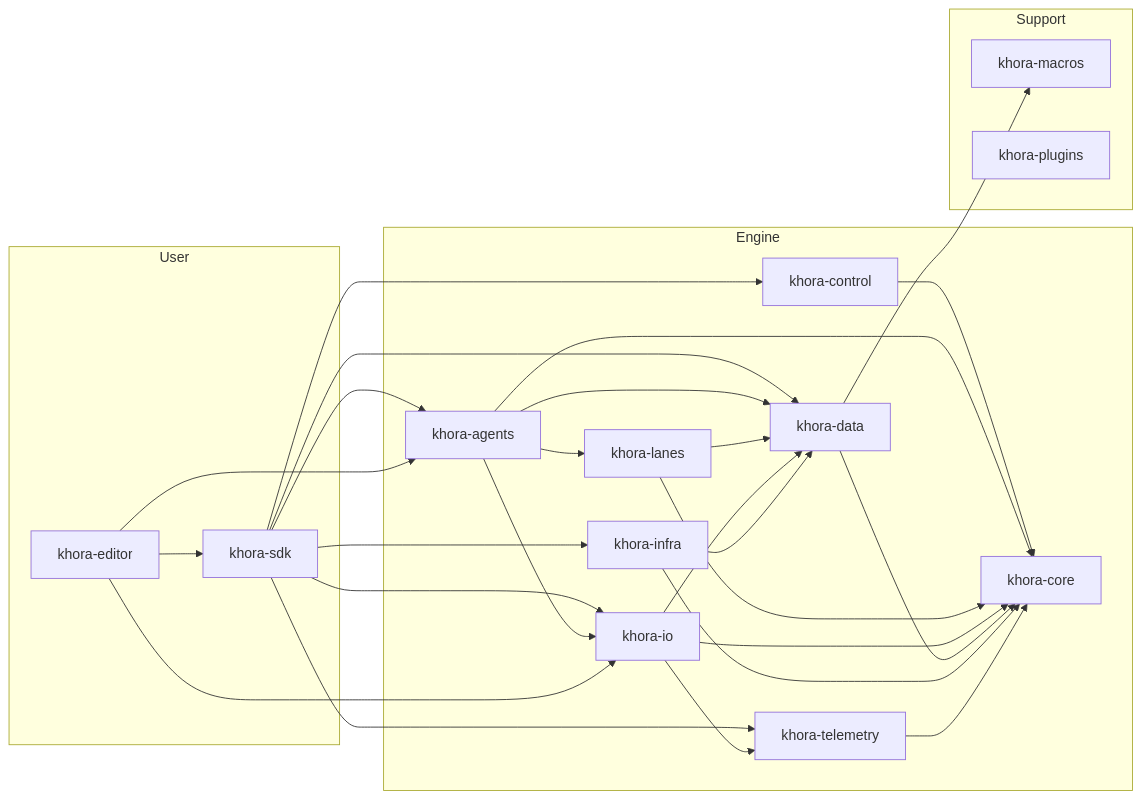
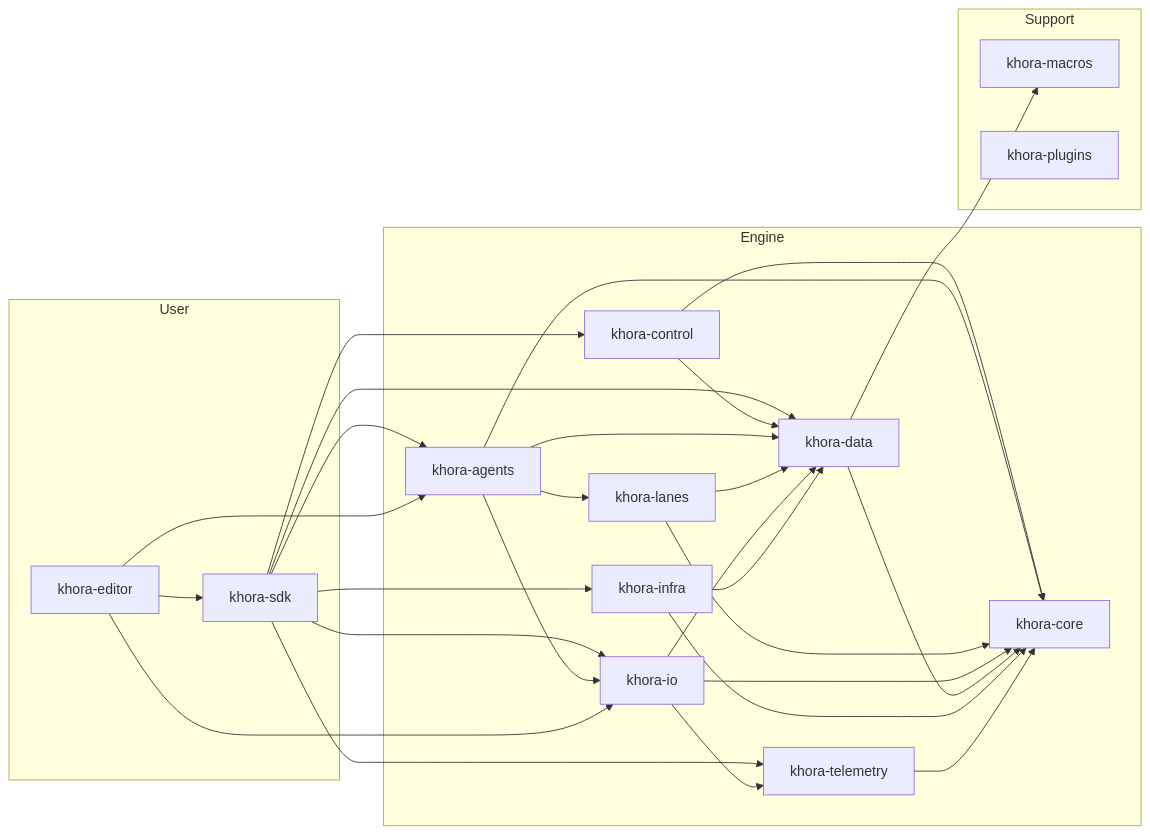
One commit to eraflo/KhoraEngine changed the second of 2 diagrams in docs/src/02_architecture.md. Above: the diagram before and after it, drawn with Mermaid. The commit also changed other lines of this file and 32 other files, not shown here.

````diff
--- a/docs/src/02_architecture.md
+++ b/docs/src/02_architecture.md
@@ -86,45 +117,46 @@
 ```mermaid
 graph LR
     subgraph User
         SDK[khora-sdk]
         ED[khora-editor]
     end
     subgraph Engine
         CTRL[khora-control]
         AGT[khora-agents]
         LANE[khora-lanes]
         IO[khora-io]
         DATA[khora-data]
         CORE[khora-core]
         INFRA[khora-infra]
         TELE[khora-telemetry]
     end
     subgraph Support
         MACRO[khora-macros]
         PLUG[khora-plugins]
     end
     SDK --> CTRL
     SDK --> AGT
     SDK --> IO
     SDK --> INFRA
     SDK --> TELE
     SDK --> DATA
     CTRL --> CORE
+    CTRL --> DATA
     AGT --> CORE
     AGT --> DATA
     AGT --> LANE
     AGT --> IO
     LANE --> CORE
     LANE --> DATA
     IO --> CORE
     IO --> DATA
     IO --> TELE
     DATA --> CORE
     DATA --> MACRO
     INFRA --> CORE
     INFRA --> DATA
     TELE --> CORE
     ED --> SDK
     ED --> AGT
     ED --> IO
 ```
````
